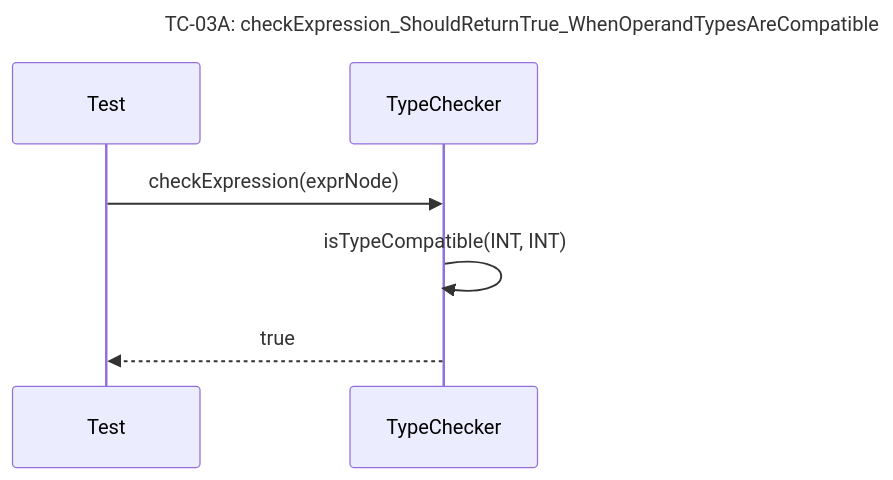
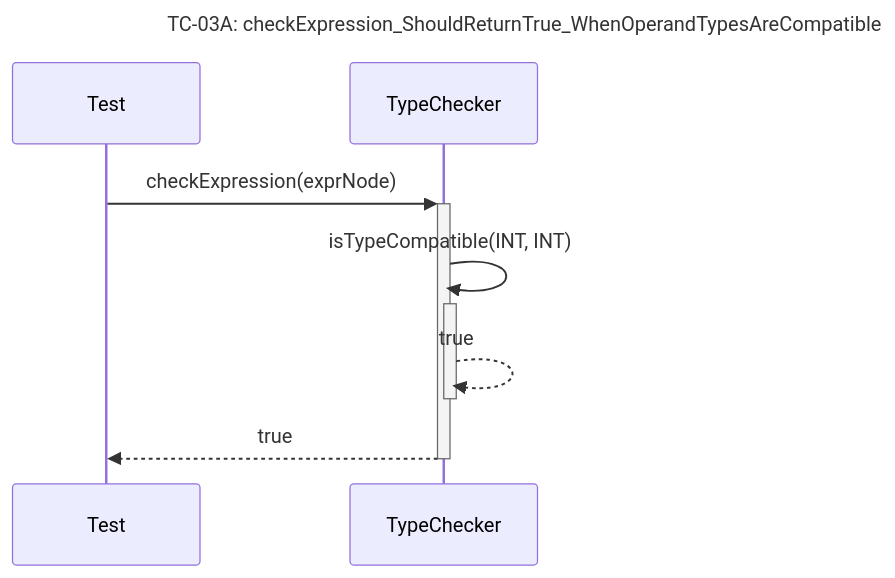
One commit to Dikhang1112/Database_Management_BBV changed diagram 14 of 30 in docs/unit_test/query_prossor/SequeceTestCase.md. Above: the diagram before and after it, drawn with Mermaid. The commit also changed other lines of this file and 12 other files, not shown here.

Commit message:
Refactor sequece diagram

````diff
--- a/docs/unit_test/query_prossor/SequeceTestCase.md
+++ b/docs/unit_test/query_prossor/SequeceTestCase.md
@@ -206,10 +212,11 @@
 ```mermaid
 sequenceDiagram
     title TC-03A: checkExpression_ShouldReturnTrue_WhenOperandTypesAreCompatible
     participant Test
     participant TypeChecker
 
-    Test->>TypeChecker: checkExpression(exprNode)
-    TypeChecker->>TypeChecker: isTypeCompatible(INT, INT)
-    TypeChecker-->>Test: true
+    Test->>+TypeChecker: checkExpression(exprNode)
+    TypeChecker->>+TypeChecker: isTypeCompatible(INT, INT)
+    TypeChecker-->>-TypeChecker: true
+    TypeChecker-->>-Test: true
 ```
````
